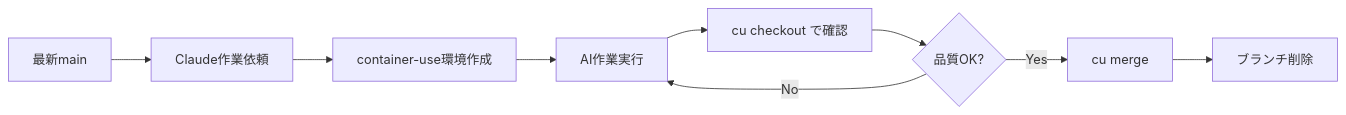
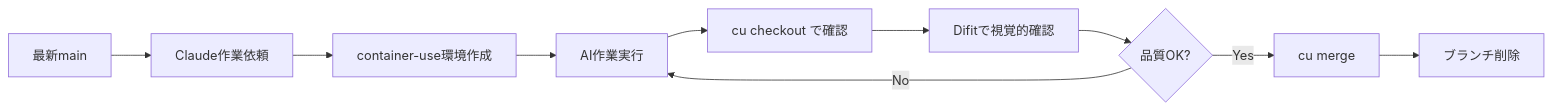
The diagram in README.md (kshiva1126/container-use-practice), drawn with Mermaid before and after one commit. The commit also changed other lines of this file, not shown here.

````diff
--- a/README.md
+++ b/README.md
@@ -116,11 +125,12 @@
 ```mermaid
 graph LR
     A[最新main] --> B[Claude作業依頼]
     B --> C[container-use環境作成]
     C --> D[AI作業実行]
     D --> E[cu checkout で確認]
-    E --> F{品質OK?}
-    F -->|No| D
-    F -->|Yes| G[cu merge]
-    G --> H[ブランチ削除]
+    E --> F[Difitで視覚的確認]
+    F --> G{品質OK?}
+    G -->|No| D
+    G -->|Yes| H[cu merge]
+    H --> I[ブランチ削除]
 ```
````
